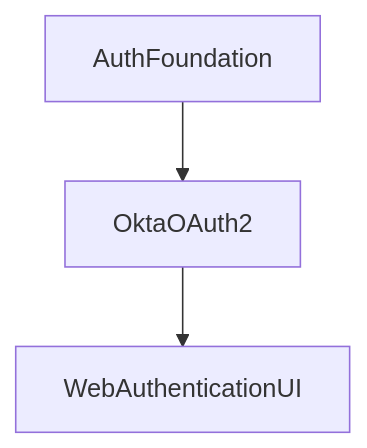
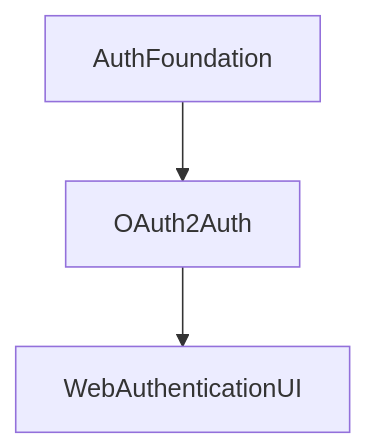
Before and after one commit to okta/okta-mobile-swift: the diagram in README.md, drawn with Mermaid. The commit also changed other lines of this file and 93 other files, not shown here.

Commit message:
Renamed OAuth2 auth library to be consistent with the naming convention

````diff
--- a/README.md
+++ b/README.md
@@ -46,5 +46,5 @@
 ```mermaid
   graph TD;
-    AuthFoundation-->OktaOAuth2;
-    OktaOAuth2-->WebAuthenticationUI;
+    AuthFoundation-->OAuth2Auth;
+    OAuth2Auth-->WebAuthenticationUI;
 ```
````
